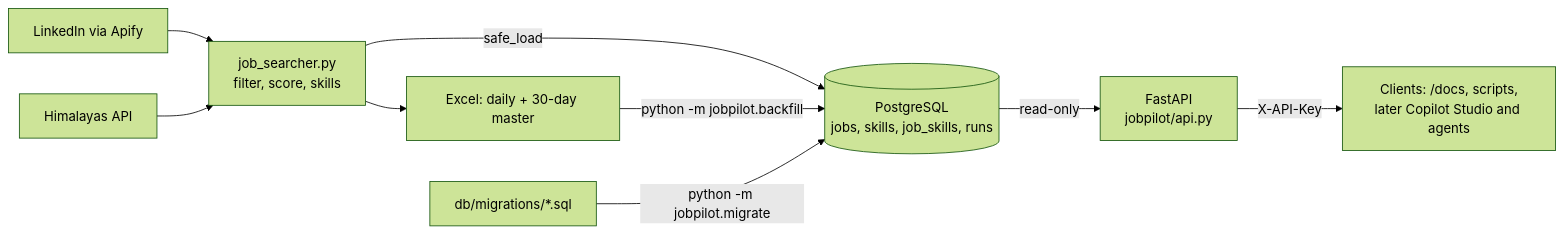
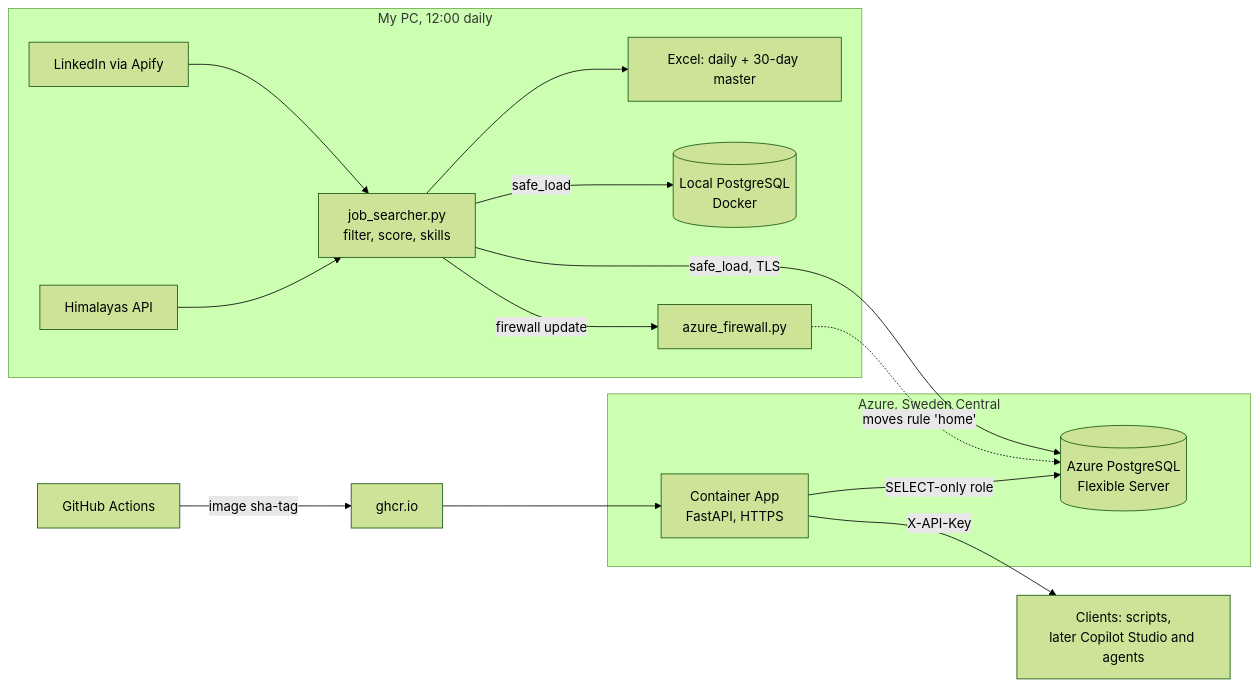
The diagram in README.md (kaankababulut/jobpilot), drawn with Mermaid (forest theme) before and after one commit. The commit also changed other lines of this file and 2 other files, not shown here.

First line of the commit message:
Document the Azure deployment: runbook, decisions, learning log

````diff
--- a/README.md
+++ b/README.md
@@ -14,11 +18,20 @@
 ```mermaid
 flowchart LR
-    A[LinkedIn via Apify] --> J[job_searcher.py<br/>filter, score, skills]
-    H[Himalayas API] --> J
-    J --> X[Excel: daily + 30-day master]
-    J -- safe_load --> P[(PostgreSQL<br/>jobs, skills, job_skills, runs)]
-    X -- python -m jobpilot.backfill --> P
-    M[db/migrations/*.sql] -- python -m jobpilot.migrate --> P
-    P -- read-only --> API[FastAPI<br/>jobpilot/api.py]
-    API -- X-API-Key --> C[Clients: /docs, scripts,<br/>later Copilot Studio and agents]
+    subgraph PC[My PC, 12:00 daily]
+        A[LinkedIn via Apify] --> J[job_searcher.py<br/>filter, score, skills]
+        H[Himalayas API] --> J
+        J --> X[Excel: daily + 30-day master]
+        J -- safe_load --> P[(Local PostgreSQL<br/>Docker)]
+        J -- firewall update --> F[azure_firewall.py]
+    end
+    subgraph AZ[Azure, Sweden Central]
+        Z[(Azure PostgreSQL<br/>Flexible Server)]
+        API[Container App<br/>FastAPI, HTTPS]
+    end
+    J -- safe_load, TLS --> Z
+    F -. moves rule 'home' .-> Z
+    API -- SELECT-only role --> Z
+    GH[GitHub Actions] -- image sha-tag --> R[ghcr.io]
+    R --> API
+    API -- X-API-Key --> C[Clients: scripts,<br/>later Copilot Studio and agents]
 ```
````
